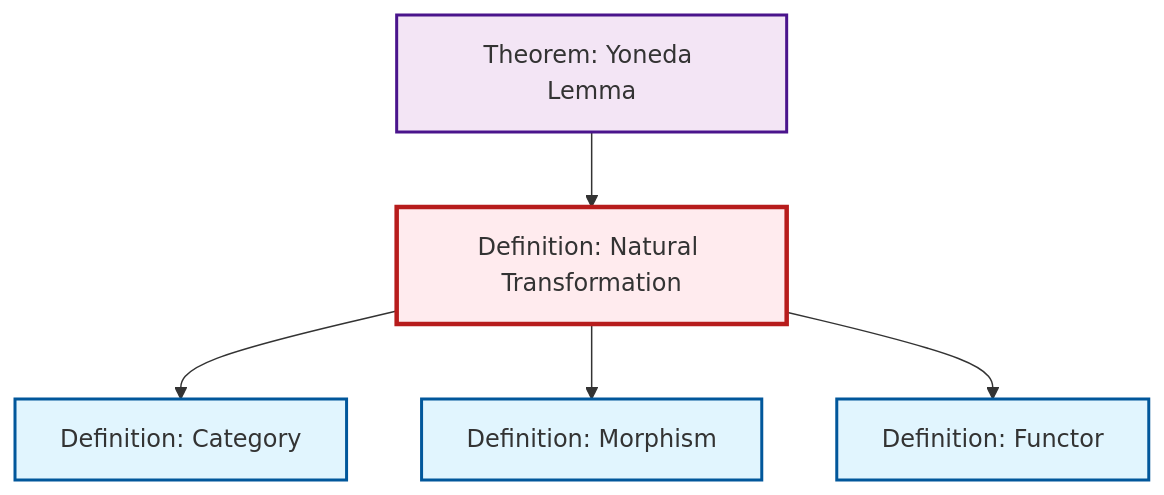
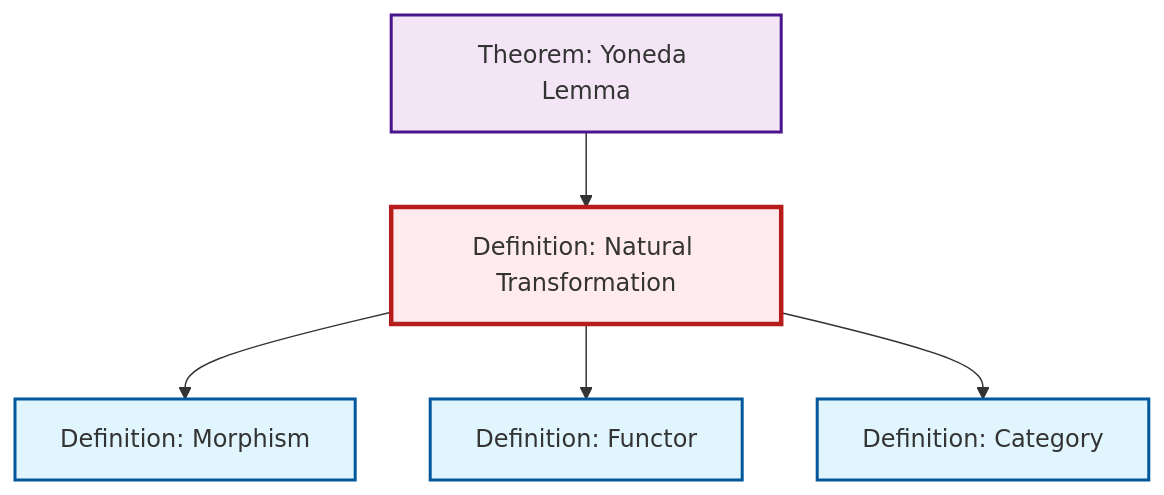
One commit to RK0429/ModernMath changed the diagram in content/ja/category-theory/def-natural-transformation.qmd. Above: the diagram before and after it, drawn with Mermaid. The commit also changed other lines of this file and 619 other files, not shown here.

````diff
--- a/content/ja/category-theory/def-natural-transformation.qmd
+++ b/content/ja/category-theory/def-natural-transformation.qmd
@@ -60,23 +60,23 @@
 ```{mermaid}
 %%| fig-cap: "Local dependency graph"
 graph TD
     classDef definition fill:#e1f5fe,stroke:#01579b,stroke-width:2px
     classDef theorem fill:#f3e5f5,stroke:#4a148c,stroke-width:2px
     classDef axiom fill:#fff3e0,stroke:#e65100,stroke-width:2px
     classDef example fill:#e8f5e9,stroke:#1b5e20,stroke-width:2px
     classDef current fill:#ffebee,stroke:#b71c1c,stroke-width:3px
+    def-functor["Definition: Functor"]:::definition
+    def-morphism["Definition: Morphism"]:::definition
+    thm-yoneda["Theorem: Yoneda Lemma"]:::theorem
     def-natural-transformation["Definition: Natural Transformation"]:::definition
     def-category["Definition: Category"]:::definition
-    thm-yoneda["Theorem: Yoneda Lemma"]:::theorem
-    def-morphism["Definition: Morphism"]:::definition
-    def-functor["Definition: Functor"]:::definition
-    def-natural-transformation --> def-category
     thm-yoneda --> def-natural-transformation
     def-natural-transformation --> def-morphism
     def-natural-transformation --> def-functor
+    def-natural-transformation --> def-category
     class def-natural-transformation current
+    click def-functor "def-functor.html" "Definition: Functorへ"
+    click def-morphism "def-morphism.html" "Definition: Morphismへ"
+    click thm-yoneda "thm-yoneda.html" "Theorem: Yoneda Lemmaへ"
     click def-category "def-category.html" "Definition: Categoryへ"
-    click thm-yoneda "thm-yoneda.html" "Theorem: Yoneda Lemmaへ"
-    click def-morphism "def-morphism.html" "Definition: Morphismへ"
-    click def-functor "def-functor.html" "Definition: Functorへ"
 ```
````
